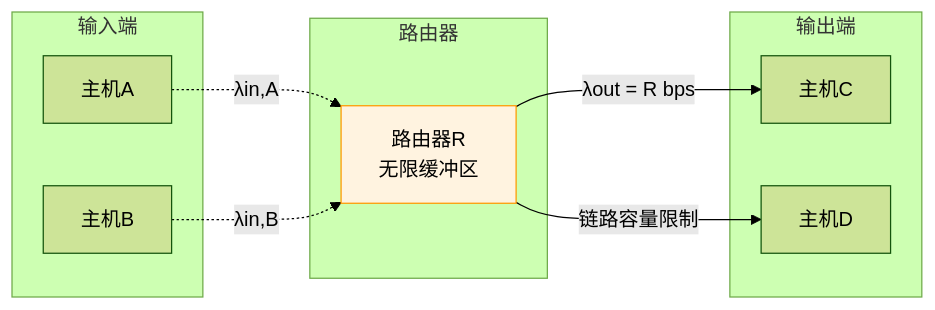
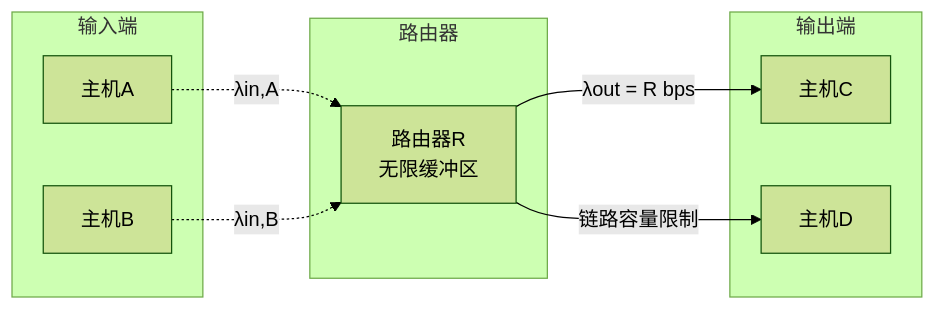
Before and after one commit to Dtheme/CS-base: the first of 9 diagrams in 计算机网络/3.6传输层：TCP拥塞控制.md, drawn with Mermaid (forest theme). The commit also changed other lines of this file and 51 other files, not shown here.

````diff
--- a/计算机网络/3.6传输层：TCP拥塞控制.md
+++ b/计算机网络/3.6传输层：TCP拥塞控制.md
@@ -31,23 +31,21 @@
 ```mermaid
 graph LR
     subgraph "输入端"
         A[主机A]
         B[主机B]
     end
     
     subgraph "路由器"
         R[路由器R<br/>无限缓冲区]
     end
     
     subgraph "输出端"
         C[主机C]
         D[主机D]
     end
     
     A -.->|λin,A| R
     B -.->|λin,B| R
     R -->|λout = R bps| C
     R -->|链路容量限制| D
-    
-    style R fill:#fff3e0,stroke:#ff9800,color:#000000
 ```
````
